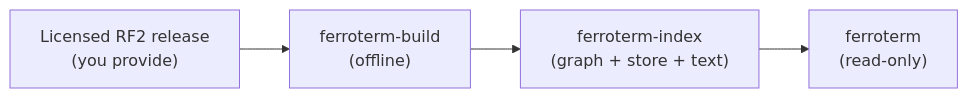
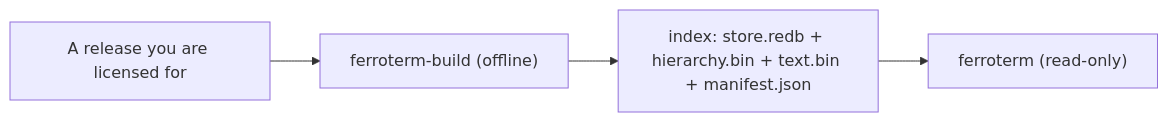
Before and after one commit to rubentalstra/FerroTERM: the diagram in website/book/src/operate/loading-snomed.md, drawn with Mermaid. The commit also changed other lines of this file and 19 other files, not shown here.

````diff
--- a/website/book/src/operate/loading-snomed.md
+++ b/website/book/src/operate/loading-snomed.md
@@ -34,6 +32,6 @@
 ```mermaid
 graph LR
-    RF2["Licensed RF2 release<br/>(you provide)"] --> BUILD["ferroterm-build<br/>(offline)"]
-    BUILD --> IDX["ferroterm-index<br/>(graph + store + text)"]
-    IDX --> SRV["ferroterm<br/>(read-only)"]
+    REL["A release you are licensed for"] --> BUILD["ferroterm-build (offline)"]
+    BUILD --> IDX["index: store.redb + hierarchy.bin + text.bin + manifest.json"]
+    IDX --> SRV["ferroterm (read-only)"]
 ```
````
